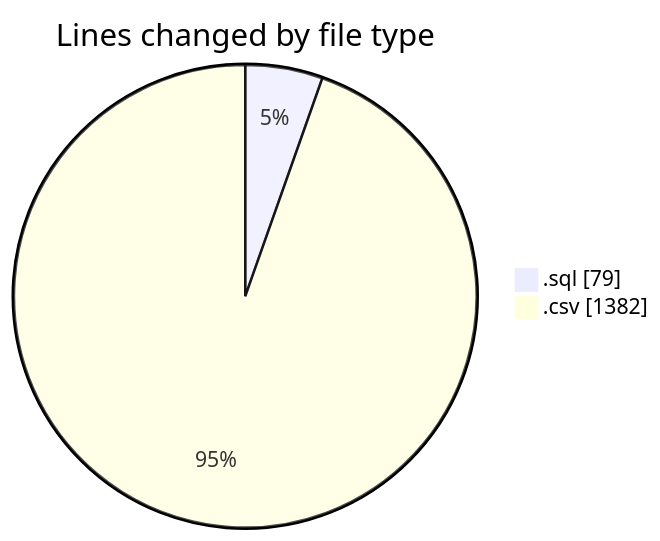
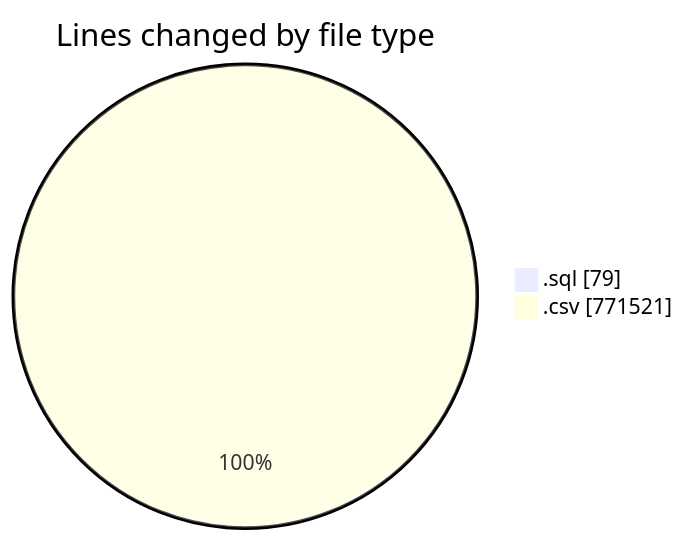
Before and after one commit to ricardozamudiocil/code-tracking: the first of 2 diagrams in 2026-06-09/cilapp/README.md, drawn with Mermaid. The commit also changed other lines of this file and 1 other file, not shown here.

````diff
--- a/2026-06-09/cilapp/README.md
+++ b/2026-06-09/cilapp/README.md
@@ -23,6 +24,6 @@
 ```mermaid
 pie showData
 title Lines changed by file type
 ".sql" : 79
-".csv" : 1382
+".csv" : 771521
 ```
````
